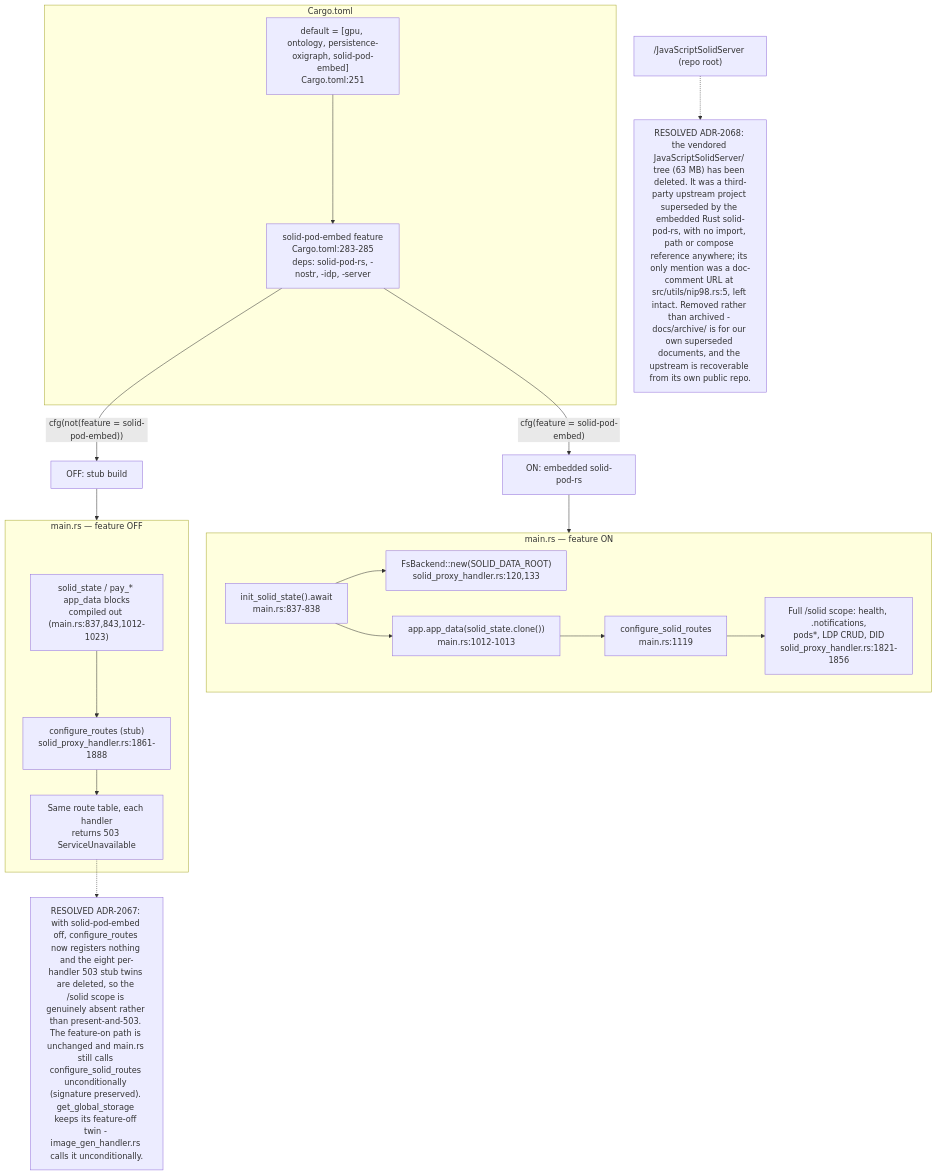
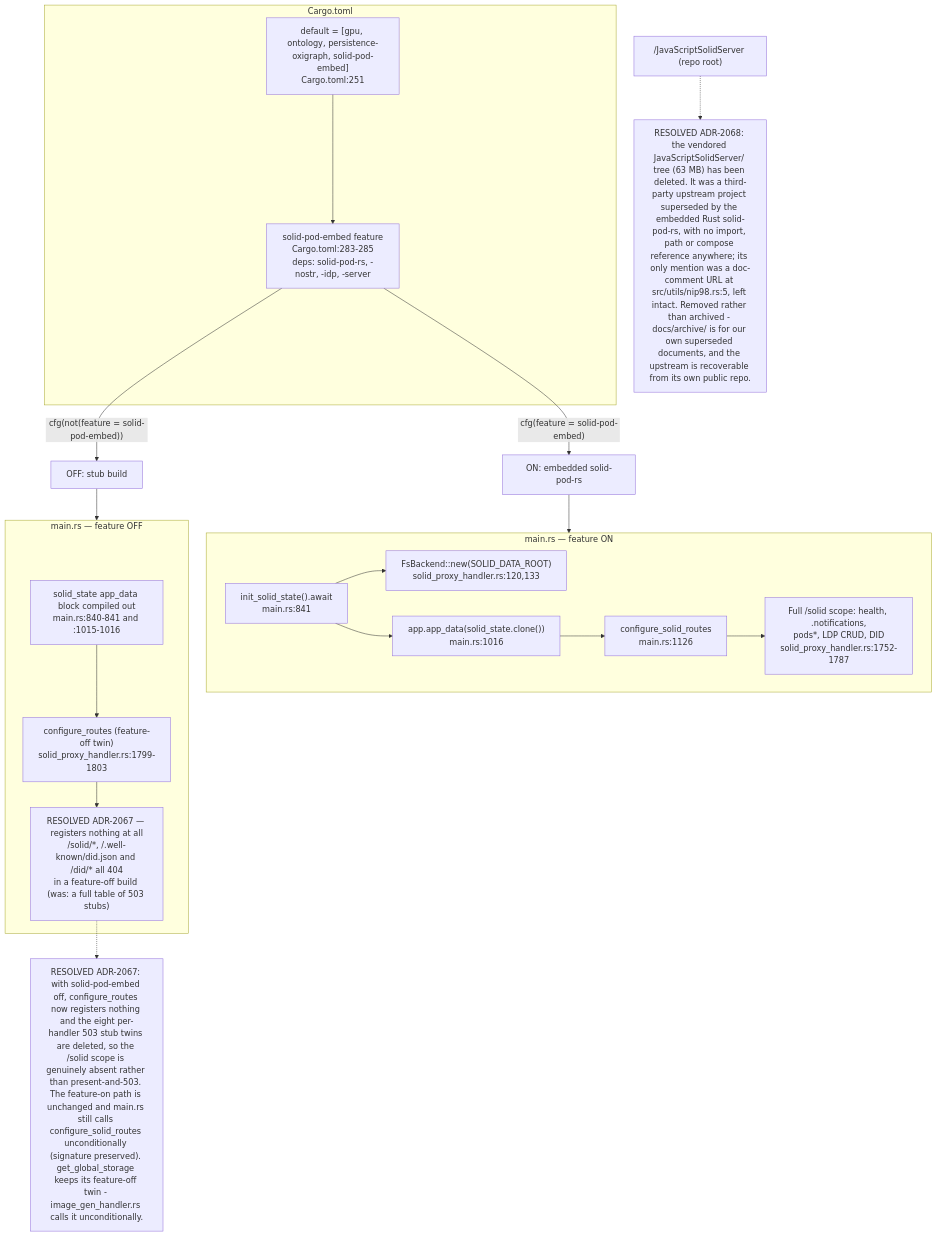
Before and after one commit to DreamLab-AI/AR-AI-Knowledge-Graph: the first of 12 diagrams in docs/diagrams/visionclaw/26-solid-pod-and-jss.md, drawn with Mermaid. The commit also changed other lines of this file and 172 other files, not shown here.

````diff
--- a/docs/diagrams/visionclaw/26-solid-pod-and-jss.md
+++ b/docs/diagrams/visionclaw/26-solid-pod-and-jss.md
@@ -32,37 +37,37 @@
 ```mermaid
 flowchart TB
     subgraph cargo["Cargo.toml"]
         DEFAULT["default = [gpu, ontology, persistence-oxigraph, solid-pod-embed]<br/>Cargo.toml:251"]
         FEAT["solid-pod-embed feature<br/>Cargo.toml:283-285<br/>deps: solid-pod-rs, -nostr, -idp, -server"]
     end
     DEFAULT --> FEAT
     FEAT -->|"cfg(feature = solid-pod-embed)"| ON["ON: embedded solid-pod-rs"]
     FEAT -->|"cfg(not(feature = solid-pod-embed))"| OFF["OFF: stub build"]
 
     subgraph onpath["main.rs — feature ON"]
-        INIT["init_solid_state().await<br/>main.rs:837-838"]
-        APPDATA["app.app_data(solid_state.clone())<br/>main.rs:1012-1013"]
-        CFG["configure_solid_routes<br/>main.rs:1119"]
+        INIT["init_solid_state().await<br/>main.rs:841"]
+        APPDATA["app.app_data(solid_state.clone())<br/>main.rs:1016"]
+        CFG["configure_solid_routes<br/>main.rs:1126"]
         FS["FsBackend::new(SOLID_DATA_ROOT)<br/>solid_proxy_handler.rs:120,133"]
-        ROUTES["Full /solid scope: health, .notifications,<br/>pods*, LDP CRUD, DID<br/>solid_proxy_handler.rs:1821-1856"]
+        ROUTES["Full /solid scope: health, .notifications,<br/>pods*, LDP CRUD, DID<br/>solid_proxy_handler.rs:1752-1787"]
         INIT --> FS
         INIT --> APPDATA --> CFG --> ROUTES
     end
 
     subgraph offpath["main.rs — feature OFF"]
-        NOINIT["solid_state / pay_* app_data blocks<br/>compiled out (main.rs:837,843,1012-1023)"]
-        STUBCFG["configure_routes (stub)<br/>solid_proxy_handler.rs:1861-1888"]
-        STUBROUTES["Same route table, each handler<br/>returns 503 ServiceUnavailable"]
+        NOINIT["solid_state app_data block compiled out<br/>main.rs:840-841 and :1015-1016"]
+        STUBCFG["configure_routes (feature-off twin)<br/>solid_proxy_handler.rs:1799-1803"]
+        STUBROUTES["RESOLVED ADR-2067 — registers nothing at all<br/>/solid/*, /.well-known/did.json and /did/* all 404<br/>in a feature-off build (was: a full table of 503 stubs)"]
         NOINIT --> STUBCFG --> STUBROUTES
     end
 
     ON --> onpath
     OFF --> offpath
 
     Note1["RESOLVED ADR-2067: with solid-pod-embed off, configure_routes now registers nothing and the eight per-handler 503 stub twins are deleted, so the /solid scope is genuinely absent rather than present-and-503. The feature-on path is unchanged and main.rs still calls configure_solid_routes unconditionally (signature preserved). get_global_storage keeps its feature-off twin - image_gen_handler.rs calls it unconditionally."]
     STUBROUTES -.-> Note1
 
     Legacy["/JavaScriptSolidServer (repo root)"]
     Note2["RESOLVED ADR-2068: the vendored JavaScriptSolidServer/ tree (63 MB) has been deleted. It was a third-party upstream project superseded by the embedded Rust solid-pod-rs, with no import, path or compose reference anywhere; its only mention was a doc-comment URL at src/utils/nip98.rs:5, left intact. Removed rather than archived - docs/archive/ is for our own superseded documents, and the upstream is recoverable from its own public repo."]
     Legacy -.-> Note2
 ```
````
